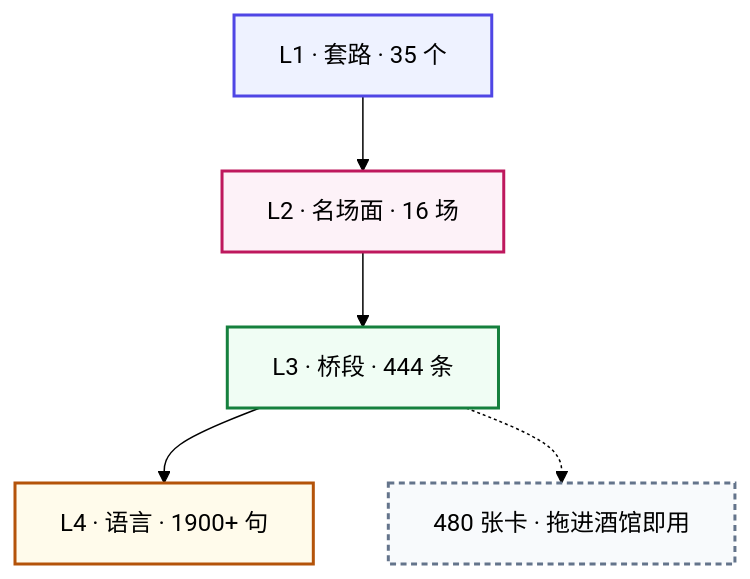
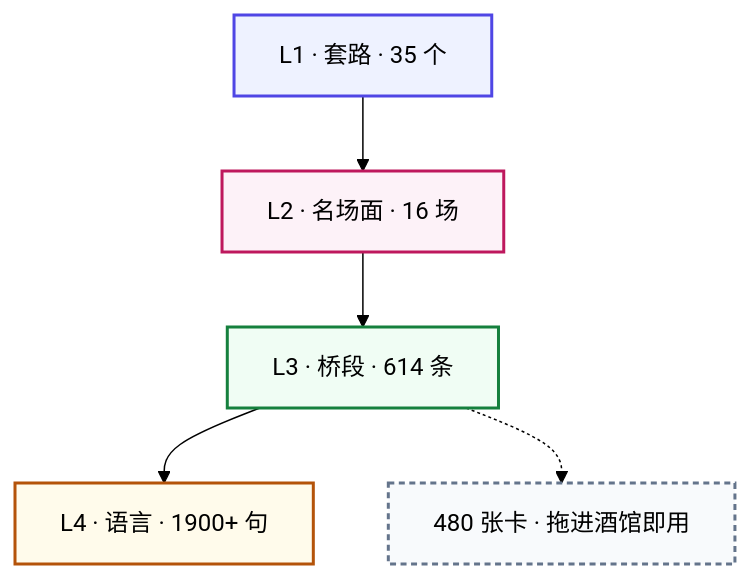
Before and after one commit to Horace-Maxwell/fourth-love-encyclopedia: the diagram in README.md, drawn with Mermaid (forest theme). The commit also changed other lines of this file and 337 other files, not shown here.

````diff
--- a/README.md
+++ b/README.md
@@ -46,15 +46,15 @@
 ```mermaid
 flowchart TD
     L1["L1 · 套路 · 35 个"]
     L2["L2 · 名场面 · 16 场"]
-    L3["L3 · 桥段 · 444 条"]
+    L3["L3 · 桥段 · 614 条"]
     L4["L4 · 语言 · 1900+ 句"]
     C["480 张卡 · 拖进酒馆即用"]
     L1 --> L2 --> L3 --> L4
     L3 -.-> C
     style L1 fill:#eef2ff,stroke:#4f46e5,stroke-width:2px
     style L2 fill:#fdf2f8,stroke:#be185d,stroke-width:2px
     style L3 fill:#f0fdf4,stroke:#15803d,stroke-width:2px
     style L4 fill:#fffbeb,stroke:#b45309,stroke-width:2px
     style C  fill:#f8fafc,stroke:#64748b,stroke-width:2px,stroke-dasharray:4 3
 ```
````
